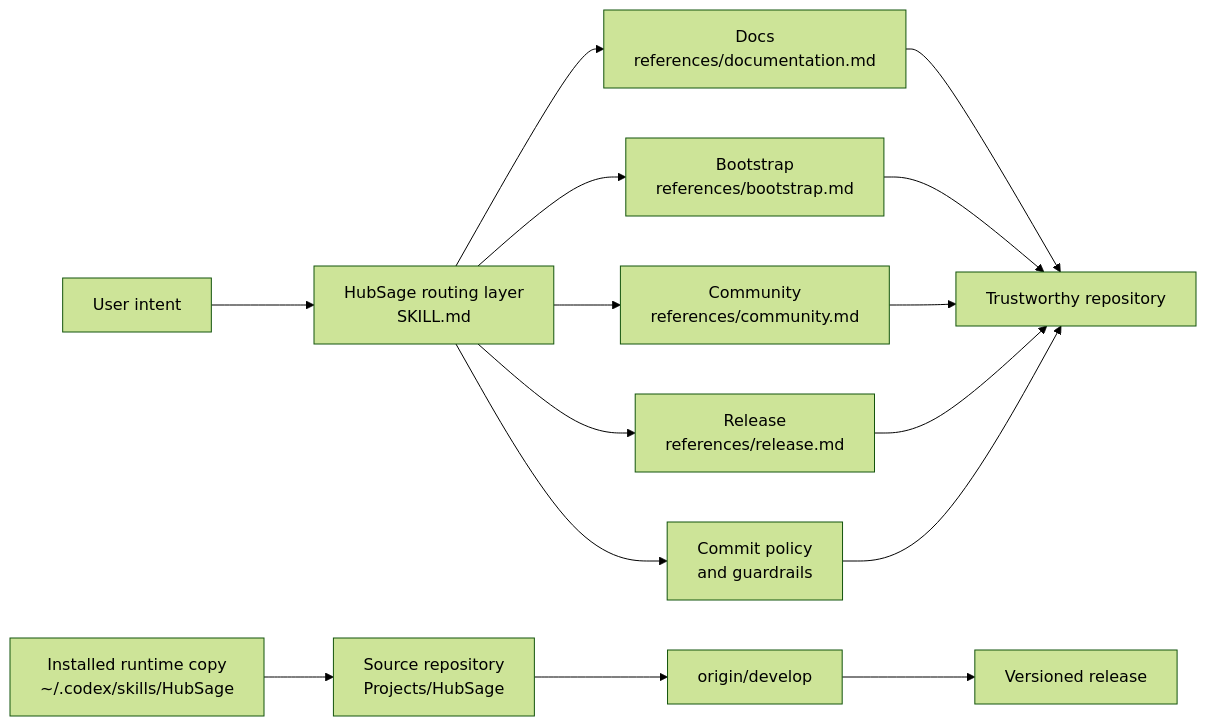
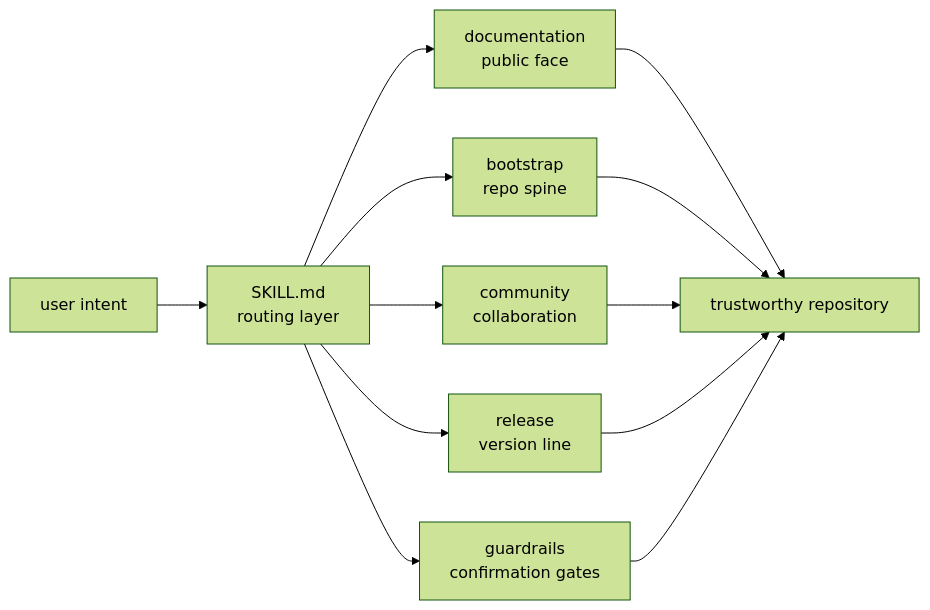
The diagram in README.md (Liii8888/HubSage), drawn with Mermaid (forest theme) before and after one commit. The commit also changed other lines of this file and 2 other files, not shown here.

````diff
--- a/README.md
+++ b/README.md
@@ -41,17 +48,14 @@
 ```mermaid
 flowchart LR
-    A["User intent"] --> B["HubSage routing layer<br/>SKILL.md"]
-    B --> C["Docs<br/>references/documentation.md"]
-    B --> D["Bootstrap<br/>references/bootstrap.md"]
-    B --> E["Community<br/>references/community.md"]
-    B --> F["Release<br/>references/release.md"]
-    B --> G["Commit policy<br/>and guardrails"]
-    C --> H["Trustworthy repository"]
-    D --> H
-    E --> H
-    F --> H
-    G --> H
-    I["Installed runtime copy<br/>~/.codex/skills/HubSage"] --> J["Source repository<br/>Projects/HubSage"]
-    J --> K["origin/develop"]
-    K --> L["Versioned release"]
+    intent["user intent"] --> router["SKILL.md<br/>routing layer"]
+    router --> docs["documentation<br/>public face"]
+    router --> boot["bootstrap<br/>repo spine"]
+    router --> community["community<br/>collaboration"]
+    router --> release["release<br/>version line"]
+    router --> guard["guardrails<br/>confirmation gates"]
+    docs --> repo["trustworthy repository"]
+    boot --> repo
+    community --> repo
+    release --> repo
+    guard --> repo
 ```
````
